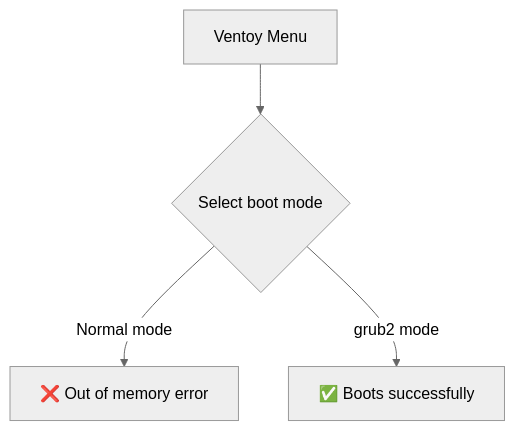
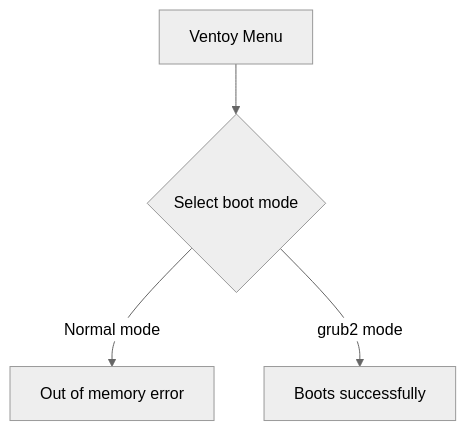
The third of 6 diagrams in content/blog/fixing-omarchy-stuck-at-boot.md (infat0x/infat0x.github.io), drawn with Mermaid (neutral theme) before and after one commit. The commit also changed other lines of this file and 7 other files, not shown here.

Commit message:
Sort blogs chronologically, place glowing cat on homepage, and eliminate mermaid syntax errors

````diff
--- a/content/blog/fixing-omarchy-stuck-at-boot.md
+++ b/content/blog/fixing-omarchy-stuck-at-boot.md
@@ -72,6 +72,6 @@
 ```mermaid
 flowchart TD
-    A[Ventoy Menu] --> B{Select boot mode}
-    B -->|Normal mode| C[❌ Out of memory error]
-    B -->|grub2 mode| D[✅ Boots successfully]
+    A["Ventoy Menu"] --> B{"Select boot mode"}
+    B -->|"Normal mode"| C["Out of memory error"]
+    B -->|"grub2 mode"| D["Boots successfully"]
 ```
````
